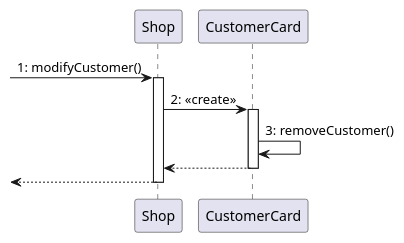
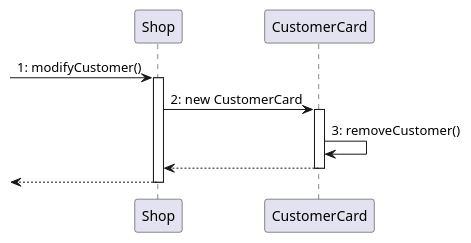
One commit to MatteoBattilana/EzShop changed the tenth of 13 diagrams in Deliverables/DesignDocument.md. Above: the diagram before and after it, drawn with PlantUML. The commit also changed other lines of this file, not shown here.

Commit message:
docs: changed <<create>> to new

````diff
--- a/Deliverables/DesignDocument.md
+++ b/Deliverables/DesignDocument.md
@@ -427,11 +427,11 @@
 ```plantuml
 @startuml
 ->Shop: 1: modifyCustomer()
 activate Shop
-    Shop -> CustomerCard: 2: <<create>>
+    Shop -> CustomerCard: 2: new CustomerCard
     activate CustomerCard
       CustomerCard -> CustomerCard: 3: removeCustomer()
     return
 return
 @enduml
 ```
````
